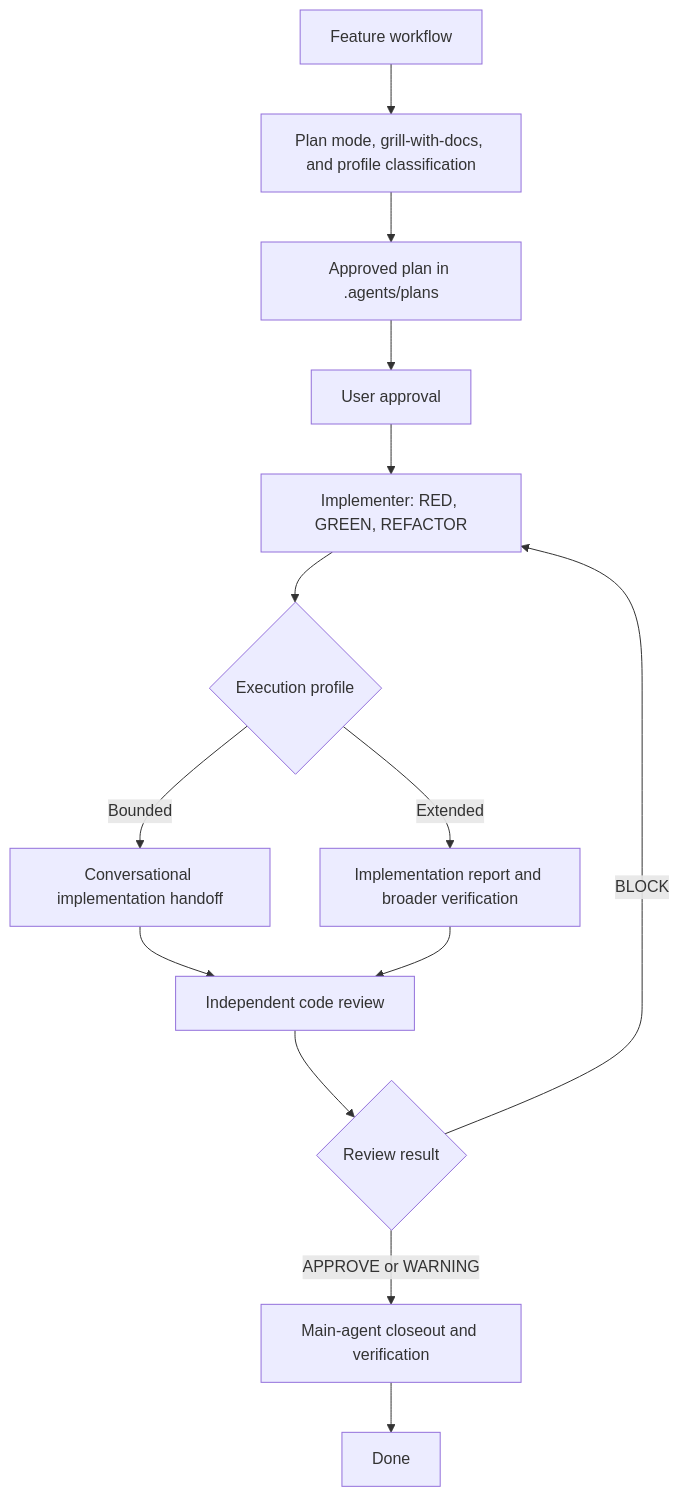
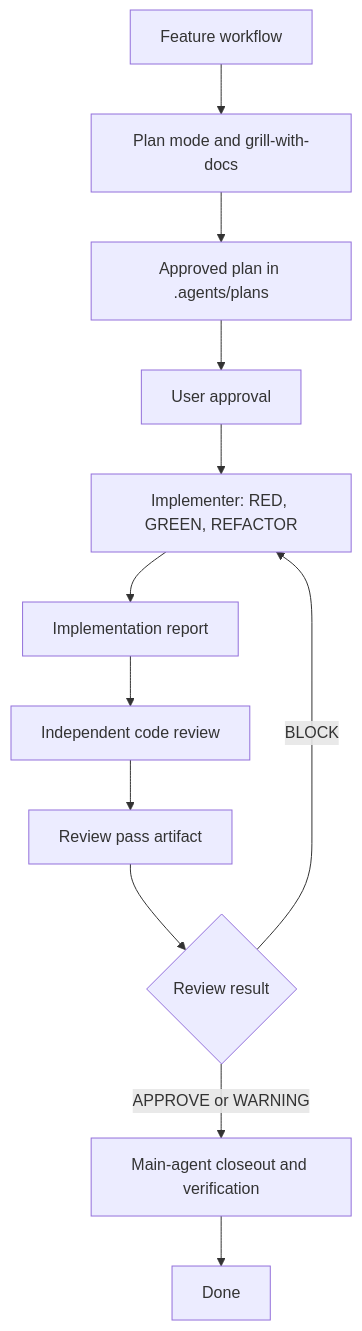
Before and after one commit to aloilor/lean-coding-agent: the second of 4 diagrams in README.md, drawn with Mermaid. The commit also changed other lines of this file and 14 other files, not shown here.

````diff
--- a/README.md
+++ b/README.md
@@ -59,16 +59,14 @@
 ```mermaid
 flowchart TD
-    A[Feature workflow] --> B[Plan mode, grill-with-docs, and profile classification]
+    A[Feature workflow] --> B[Plan mode and grill-with-docs]
     B --> C[Approved plan in .agents/plans]
     C --> D[User approval]
     D --> E[Implementer: RED, GREEN, REFACTOR]
-    E --> F{Execution profile}
-    F -->|Bounded| G[Conversational implementation handoff]
-    F -->|Extended| H[Implementation report and broader verification]
-    G --> I[Independent code review]
-    H --> I
-    I --> J{Review result}
-    J -->|BLOCK| E
-    J -->|APPROVE or WARNING| K[Main-agent closeout and verification]
-    K --> L[Done]
+    E --> F[Implementation report]
+    F --> G[Independent code review]
+    G --> H[Review pass artifact]
+    H --> I{Review result}
+    I -->|BLOCK| E
+    I -->|APPROVE or WARNING| J[Main-agent closeout and verification]
+    J --> K[Done]
 ```
````
